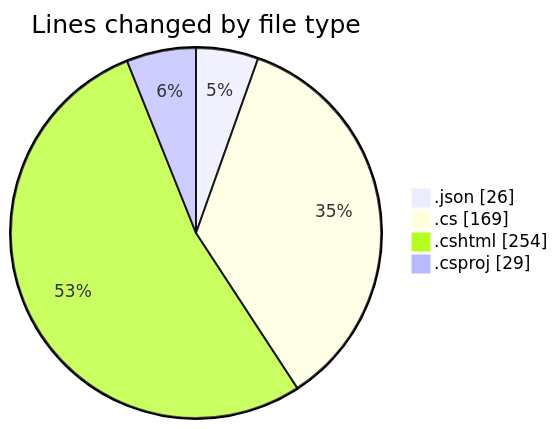
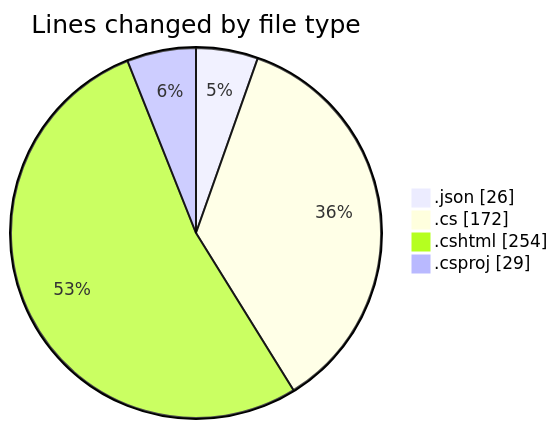
One commit to lephambinh05/code-tracking changed the first of 2 diagrams in 2025-07-19/nhahang/README.md. Above: the diagram before and after it, drawn with Mermaid. The commit also changed other lines of this file and 1 other file, not shown here.

````diff
--- a/2025-07-19/nhahang/README.md
+++ b/2025-07-19/nhahang/README.md
@@ -30,8 +30,8 @@
 ```mermaid
 pie showData
 title Lines changed by file type
 ".json" : 26
-".cs" : 169
+".cs" : 172
 ".cshtml" : 254
 ".csproj" : 29
 ```
````
